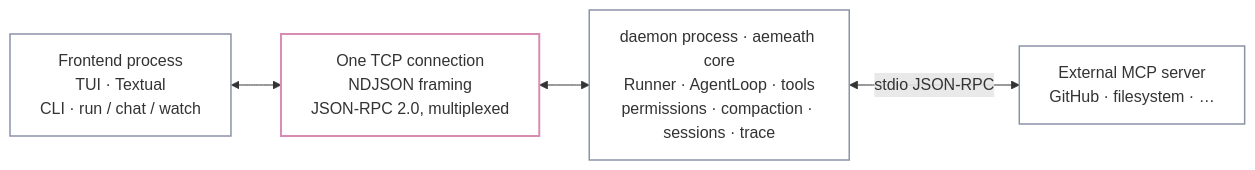
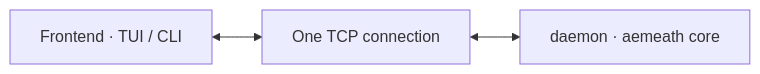
One commit to Nijikasuki/AemeathCode changed the first of 2 diagrams in README_EN.md. Above: the diagram before and after it, drawn with Mermaid. The commit also changed other lines of this file and 4 other files, not shown here.

First line of the commit message:
docs: README 去掉正文加粗,重画架构图,替换截图

````diff
--- a/README_EN.md
+++ b/README_EN.md
@@ -171,16 +173,9 @@
 ```mermaid
 flowchart LR
-    FE["Frontend process<br/>TUI · Textual<br/>CLI · run / chat / watch"]
-    LINK["One TCP connection<br/>NDJSON framing<br/>JSON-RPC 2.0, multiplexed"]
-    BE["daemon process · aemeath core<br/>Runner · AgentLoop · tools<br/>permissions · compaction · sessions · trace"]
-    MCPS["External MCP server<br/>GitHub · filesystem · …"]
+    FE["Frontend · TUI / CLI"]
+    LINK["One TCP connection"]
+    BE["daemon · aemeath core"]
 
     FE <--> LINK
     LINK <--> BE
-    BE <-->|"stdio JSON-RPC"| MCPS
-
-    classDef box fill:none,stroke:#8b93a7,stroke-width:1.5px
-    classDef wire fill:none,stroke:#d98cb3,stroke-width:2px
-    class FE,BE,MCPS box
-    class LINK wire
 ```
````
